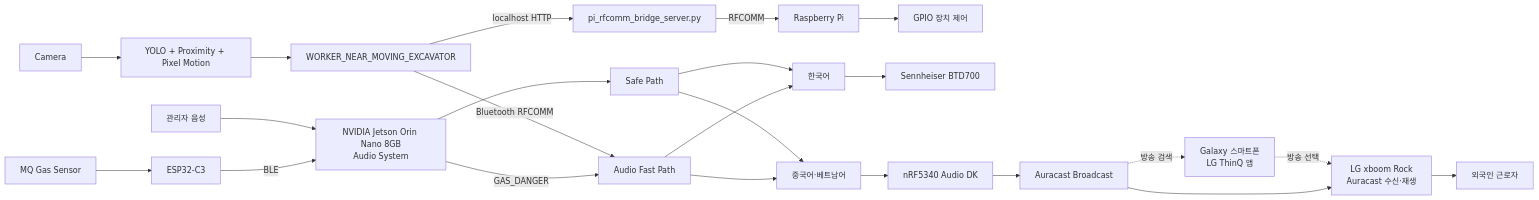
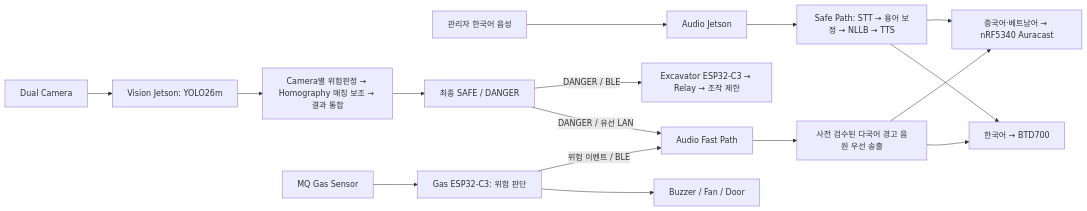
Before and after one commit to kyb110811/2026ESWContest_free_SAYFE: the diagram in docs/system_architecture.md, drawn with Mermaid. The commit also changed other lines of this file and 24 other files, not shown here.

````diff
--- a/docs/system_architecture.md
+++ b/docs/system_architecture.md
@@ -5,29 +5,20 @@
 ```mermaid
 flowchart LR
-    MIC[관리자 음성] --> AUDIO[NVIDIA Jetson Orin Nano 8GB<br/>Audio System]
-    AUDIO --> SAFE[Safe Path]
+    MIC[관리자 한국어 음성] --> AUDIO[Audio Jetson]
+    AUDIO --> SAFE["Safe Path: STT → 용어 보정 → NLLB → TTS"]
+    SAFE --> KO["한국어 → BTD700"]
+    SAFE --> ZHVI["중국어·베트남어 → nRF5340 Auracast"]
 
-    CAM[Camera] --> VISION[YOLO + Proximity + Pixel Motion]
-    VISION --> EVENT[WORKER_NEAR_MOVING_EXCAVATOR]
-    EVENT -->|Bluetooth RFCOMM| FAST[Audio Fast Path]
-    EVENT -->|localhost HTTP| BRIDGE[pi_rfcomm_bridge_server.py]
-    BRIDGE -->|RFCOMM| RPI[Raspberry Pi]
-    RPI --> GPIO[GPIO 장치 제어]
+    CAM[Dual Camera] --> VISION["Vision Jetson: YOLO26m"]
+    VISION --> RISK["Camera별 위험판정 → Homography 매칭 보조 → 결과 통합"]
+    RISK --> FINAL["최종 SAFE / DANGER"]
+    FINAL -->|DANGER / 유선 LAN| FAST[Audio Fast Path]
+    FINAL -->|DANGER / BLE| EX["Excavator ESP32-C3 → Relay → 조작 제한"]
 
-    MQ[MQ Gas Sensor] --> ESP[ESP32-C3]
-    ESP -->|BLE| AUDIO
-    AUDIO -->|GAS_DANGER| FAST
-
-    SAFE --> KO[한국어]
-    FAST --> KO
-    KO --> BTD[Sennheiser BTD700]
-
-    SAFE --> ZHVI[중국어·베트남어]
-    FAST --> ZHVI
-    ZHVI --> NRF[nRF5340 Audio DK]
-    NRF --> AURA[Auracast Broadcast]
-    AURA -. 방송 검색 .-> GALAXY[Galaxy 스마트폰<br/>LG ThinQ 앱]
-    GALAXY -. 방송 선택 .-> LG[LG xboom Rock<br/>Auracast 수신·재생]
-    AURA --> LG
-    LG --> WORKER[외국인 근로자]
+    MQ[MQ Gas Sensor] --> GAS["Gas ESP32-C3: 위험 판단"]
+    GAS --> ACT["Buzzer / Fan / Door"]
+    GAS -->|위험 이벤트 / BLE| FAST
+    FAST --> WARN[사전 검수된 다국어 경고 음원 우선 송출]
+    WARN --> KO
+    WARN --> ZHVI
 ```
````
